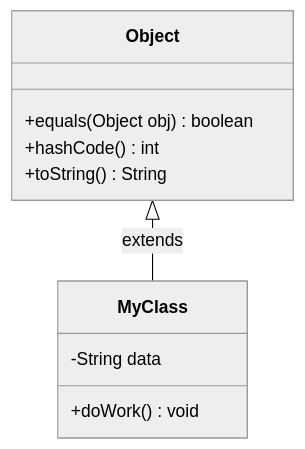
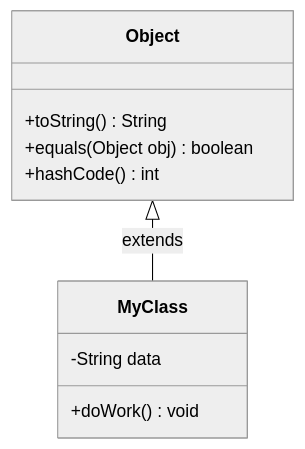
Before and after one commit to byucsstudent/cs240v2: the diagram in instruction/java-object-class/java-object-class.md, drawn with Mermaid. The commit also changed other lines of this file, not shown here.

````diff
--- a/instruction/java-object-class/java-object-class.md
+++ b/instruction/java-object-class/java-object-class.md
@@ -14,18 +14,18 @@
 ```mermaid
 %%{init: { 'theme': 'neutral', 'themeVariables': { 'lineColor': '#000000', 'primaryTextColor': '#000000', 'actorBorder': '#000000', 'participantBorder': '#000000', 'noteBorderColor': '#000000' } }}%%
 
 classDiagram
     direction BT
     class Object {
+        +toString() String
         +equals(Object obj) boolean
         +hashCode() int
-        +toString() String
     }
 
     class MyClass {
         -String data
         +doWork() void
     }
 
     MyClass --|> Object : extends
 ```
````
